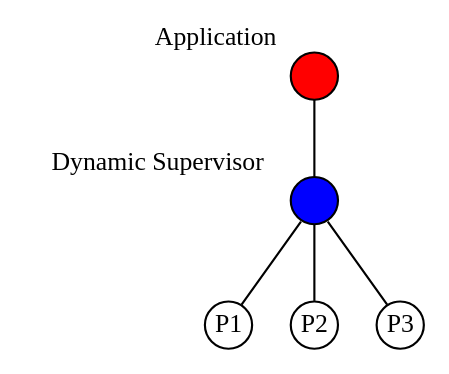
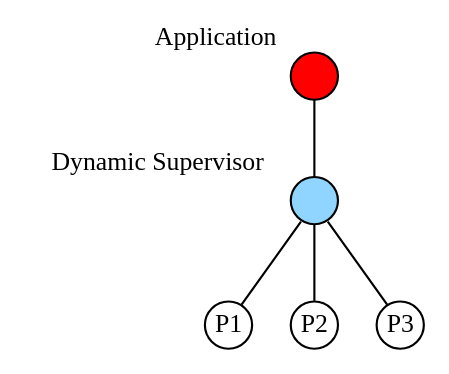
Diagram 11 of 14 in presentation.org (dont-rely-on-nulls/gambiconf-2025), drawn with Graphviz before and after one commit. The commit also changed other lines of this file and 25 other files, not shown here.

```diff
--- a/presentation.org
+++ b/presentation.org
@@ -348,30 +668,30 @@
-#+BEGIN_SRC dot :file ./img/erlang_app_structure_iv.png :cmdline -Kdot -Tpng :exports results
+#+BEGIN_SRC dot :file ./img/erlang_app_structure_iii_2.png :cmdline -Kdot -Tpng :exports results
 graph g {
   ratio=fill
   splines=spline
   overlap=scale
   
   node [
     label="", 
     xlabel="",
     shape=circle,
     fixedsize=true,
     width=0.3,
     color="black",
     fillcolor="white",
     style="filled,solid",
     fontsize=12
   ]
   
   app [xlabel="Application", pos="1,1", fillcolor="red"]
-  sup [xlabel="Dynamic Supervisor", pos="1,1", fillcolor="blue"]
+  sup [xlabel="Dynamic Supervisor", pos="1,1", fillcolor="#90D5FF"]
   w1 [label="P1", pos="0,0"]
   w2 [label="P2", pos="0,1"]
   w3 [label="P3", pos="0,2"]
   
   app -- sup
   sup -- w1
   sup -- w2
   sup -- w3
 }
 #+END_SRC
```
